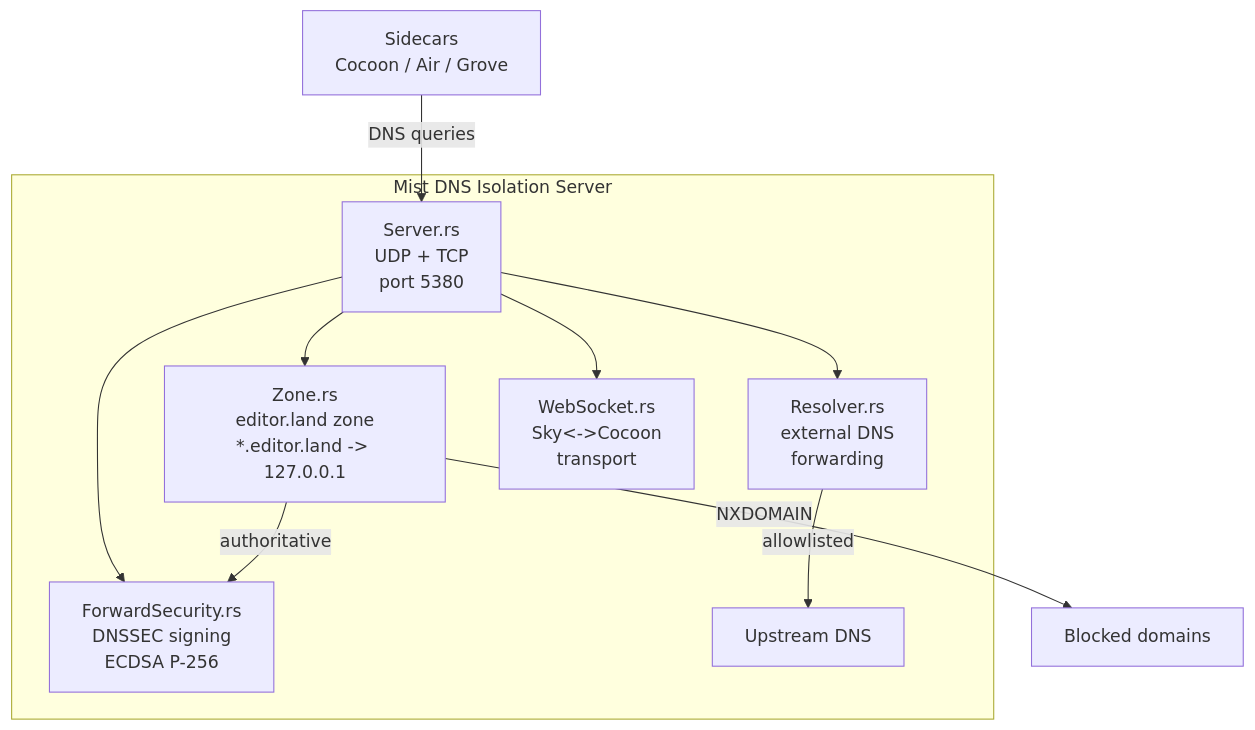
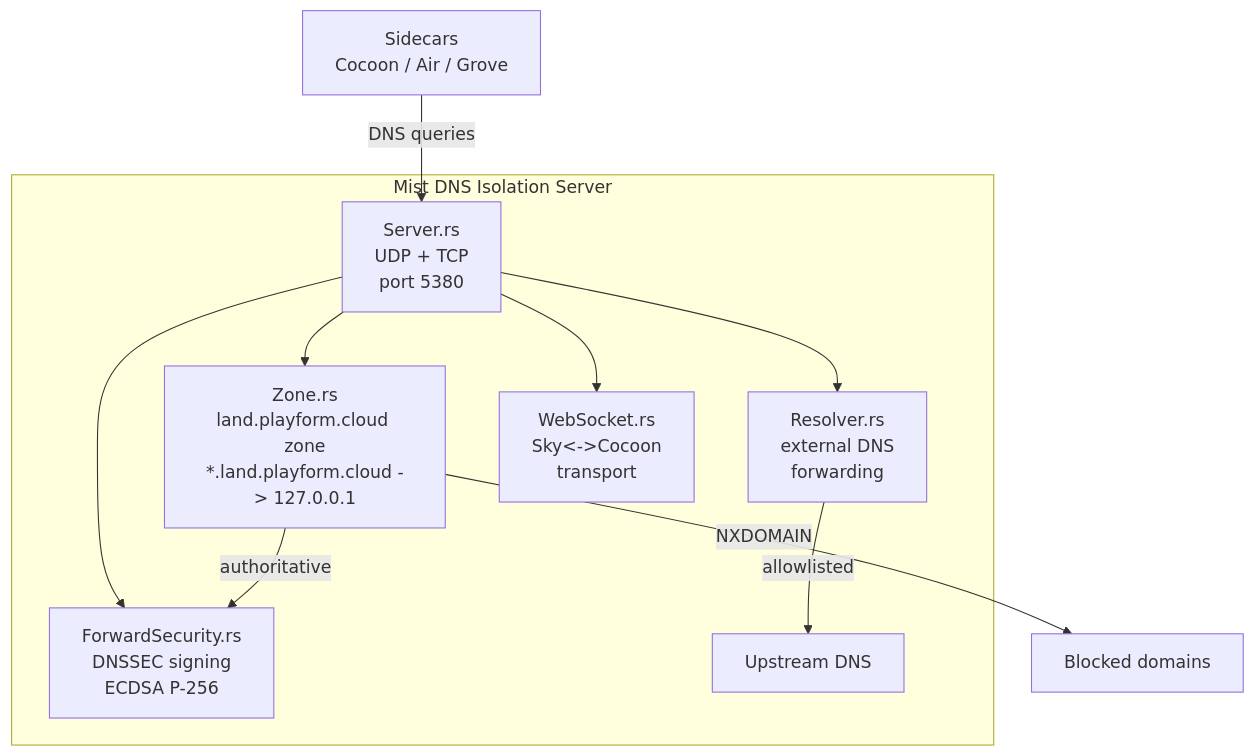
Before and after one commit to CodeEditorLand/Mist: the diagram in Documentation/GitHub/Architecture.md, drawn with Mermaid. The commit also changed other lines of this file and 3 other files, not shown here.

````diff
--- a/Documentation/GitHub/Architecture.md
+++ b/Documentation/GitHub/Architecture.md
@@ -25,20 +25,20 @@
 ```mermaid
 graph TB
     subgraph Mist["Mist DNS Isolation Server"]
         SRV["Server.rs<br/>UDP + TCP<br/>port 5380"]
-        ZONE["Zone.rs<br/>editor.land zone<br/>*.editor.land -> 127.0.0.1"]
+        ZONE["Zone.rs<br/>land.playform.cloud zone<br/>*.land.playform.cloud -> 127.0.0.1"]
         RES["Resolver.rs<br/>external DNS<br/>forwarding"]
         FSEC["ForwardSecurity.rs<br/>DNSSEC signing<br/>ECDSA P-256"]
         WS["WebSocket.rs<br/>Sky<->Cocoon<br/>transport"]
 
         SRV --> ZONE
         SRV --> RES
         SRV --> FSEC
         SRV --> WS
         ZONE -->|"authoritative"| FSEC
         RES -->|"allowlisted"| UPSTREAM["Upstream DNS"]
     end
 
     SIDECARS["Sidecars<br/>Cocoon / Air / Grove"] -->|"DNS queries"| SRV
     ZONE -->|"NXDOMAIN"| BLOCKED["Blocked domains"]
 ```
````
